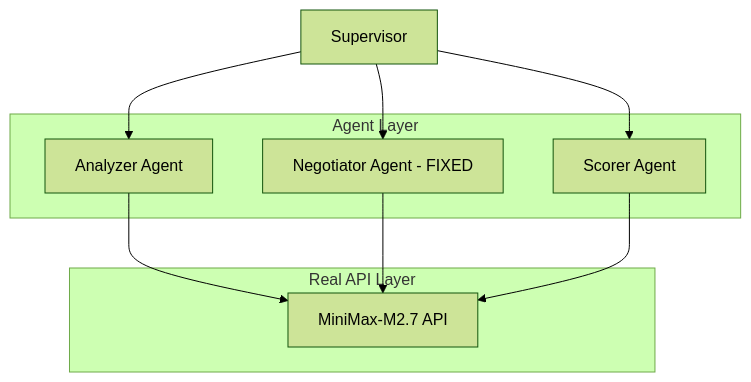
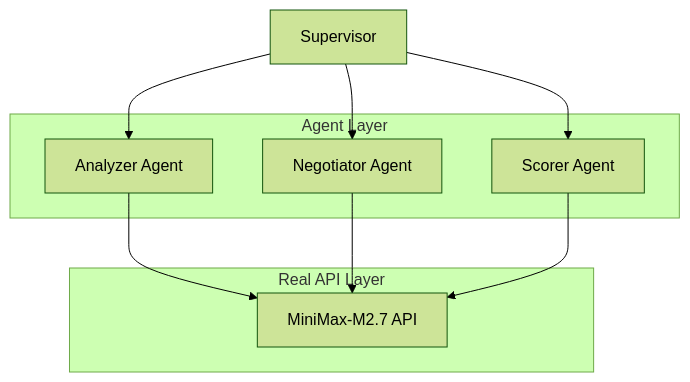
The diagram in README.md (xiangbianpangde/mas-evolution-test), drawn with Mermaid (forest theme) before and after one commit. The commit also changed other lines of this file, not shown here.

````diff
--- a/README.md
+++ b/README.md
@@ -41,15 +35,15 @@
 ```mermaid
 graph TB
     subgraph "Real API Layer"
         LLM[MiniMax-M2.7 API]
     end
     subgraph "Agent Layer"
         A[Analyzer Agent]
-        N[Negotiator Agent - FIXED]
+        N[Negotiator Agent]
         S[Scorer Agent]
     end
     SUP[Supervisor]
     SUP --> A --> LLM
     SUP --> N --> LLM
     SUP --> S --> LLM
 ```
````
